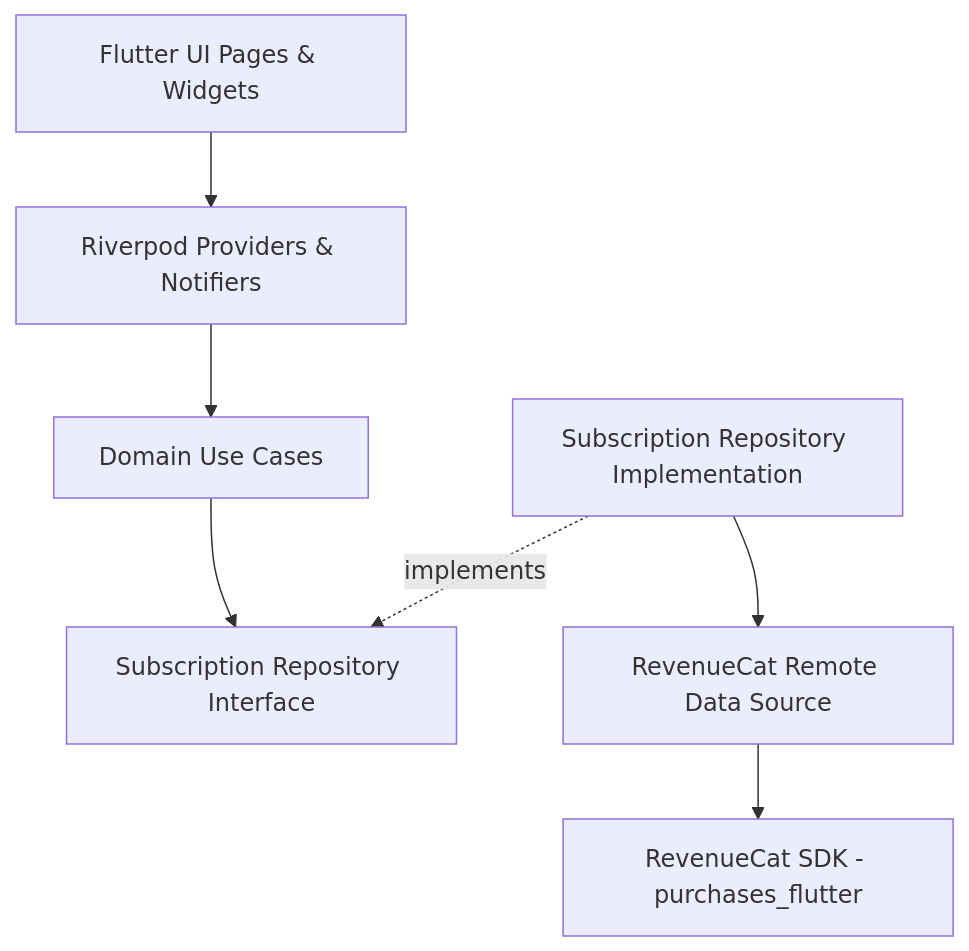
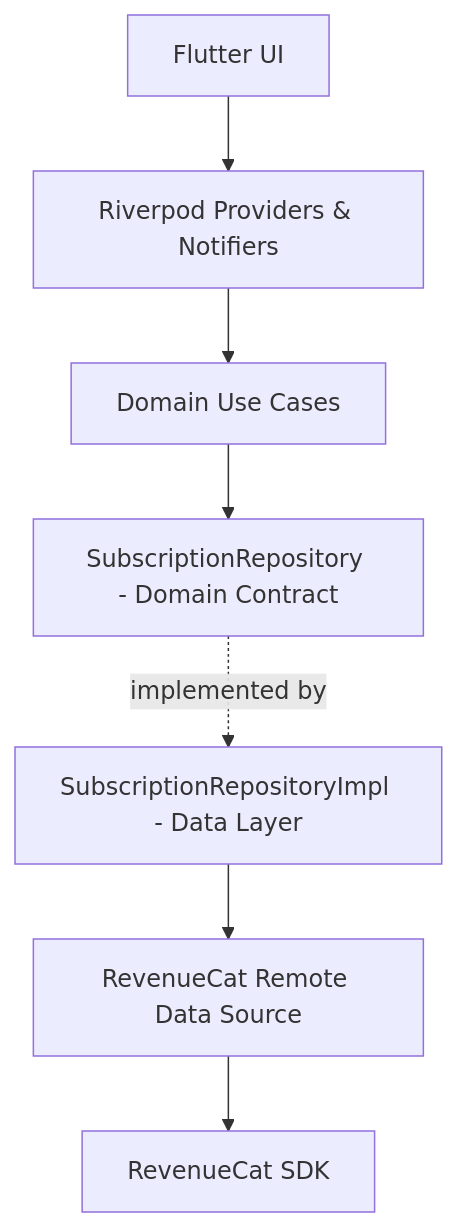
The first of 2 diagrams in README.md (Satti201/flutter-revenuecat-subscription-pattern), drawn with Mermaid before and after one commit. The commit also changed other lines of this file and 4 other files, not shown here.

Commit message:
docs: update architecture, test metrics, and add UI screenshots to README

````diff
--- a/README.md
+++ b/README.md
@@ -42,17 +42,17 @@
 ```mermaid
 flowchart TD
-    UI[Flutter UI Pages & Widgets]
-    RIVERPOD[Riverpod Providers & Notifiers]
+    UI[Flutter UI]
+    STATE[Riverpod Providers & Notifiers]
     USECASES[Domain Use Cases]
-    REPO[Subscription Repository Interface]
-    REPOIMPL[Subscription Repository Implementation]
+    CONTRACT[SubscriptionRepository - Domain Contract]
+    IMPL[SubscriptionRepositoryImpl - Data Layer]
     DATASOURCE[RevenueCat Remote Data Source]
-    SDK[RevenueCat SDK - purchases_flutter]
+    SDK[RevenueCat SDK]
 
-    UI --> RIVERPOD
-    RIVERPOD --> USECASES
-    USECASES --> REPO
-    REPOIMPL -.->|implements| REPO
-    REPOIMPL --> DATASOURCE
+    UI --> STATE
+    STATE --> USECASES
+    USECASES --> CONTRACT
+    CONTRACT -. implemented by .-> IMPL
+    IMPL --> DATASOURCE
     DATASOURCE --> SDK
 ```
````
